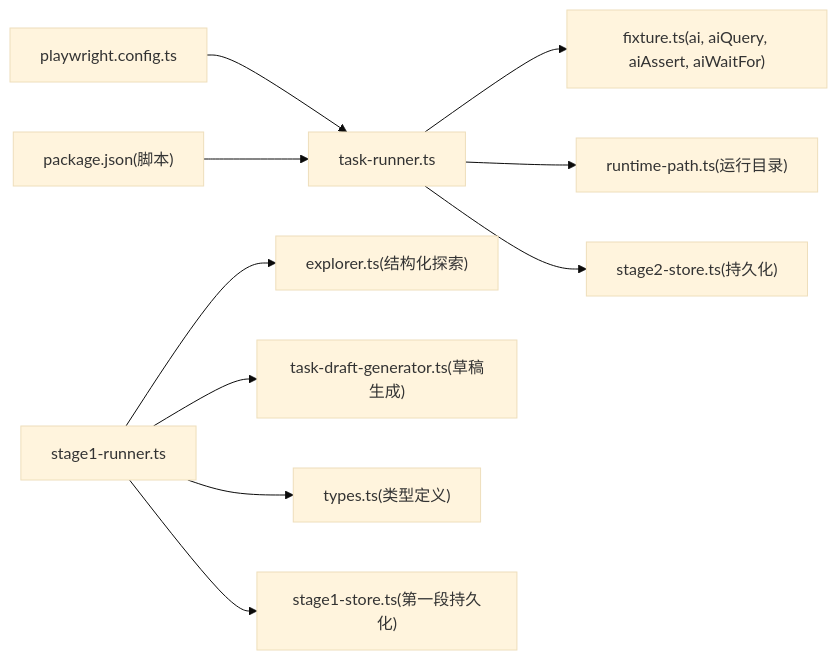
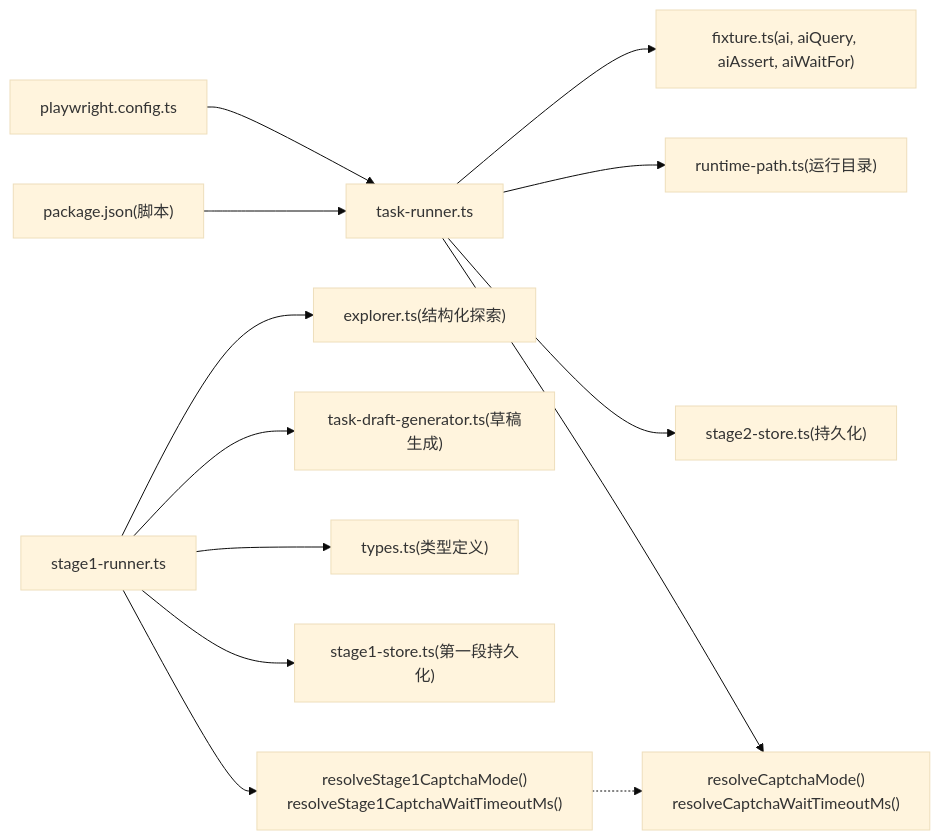
One commit to Jiane-EJ/playwright-mind changed the sixth of 6 diagrams in .qoder/repowiki/zh/content/验证码处理.md. Above: the diagram before and after it, drawn with Mermaid (base theme). The commit also changed other lines of this file and 5 other files, not shown here.

````diff
--- a/.qoder/repowiki/zh/content/验证码处理.md
+++ b/.qoder/repowiki/zh/content/验证码处理.md
@@ -352,12 +386,15 @@
 ```mermaid
 graph LR
 TR["task-runner.ts"] --> TF["fixture.ts(ai, aiQuery, aiAssert, aiWaitFor)"]
 TR --> RP["runtime-path.ts(运行目录)"]
 TR --> SS["stage2-store.ts(持久化)"]
 PC["playwright.config.ts"] --> TR
 PKG["package.json(脚本)"] --> TR
 S1["stage1-runner.ts"] --> EX["explorer.ts(结构化探索)"]
 S1 --> TDG["task-draft-generator.ts(草稿生成)"]
 S1 --> TT["types.ts(类型定义)"]
 S1 --> S1S["stage1-store.ts(第一段持久化)"]
+S1 --> CFG["resolveStage1CaptchaMode()<br/>resolveStage1CaptchaWaitTimeoutMs()"]
+TR --> CFG2["resolveCaptchaMode()<br/>resolveCaptchaWaitTimeoutMs()"]
+CFG -.-> CFG2
 ```
````
